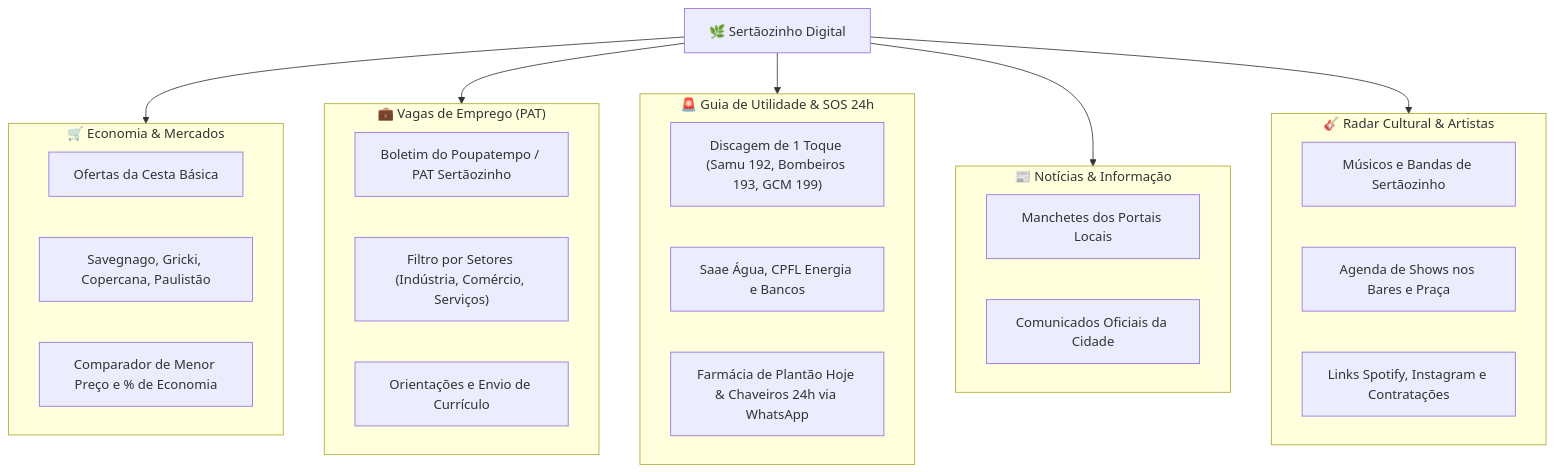
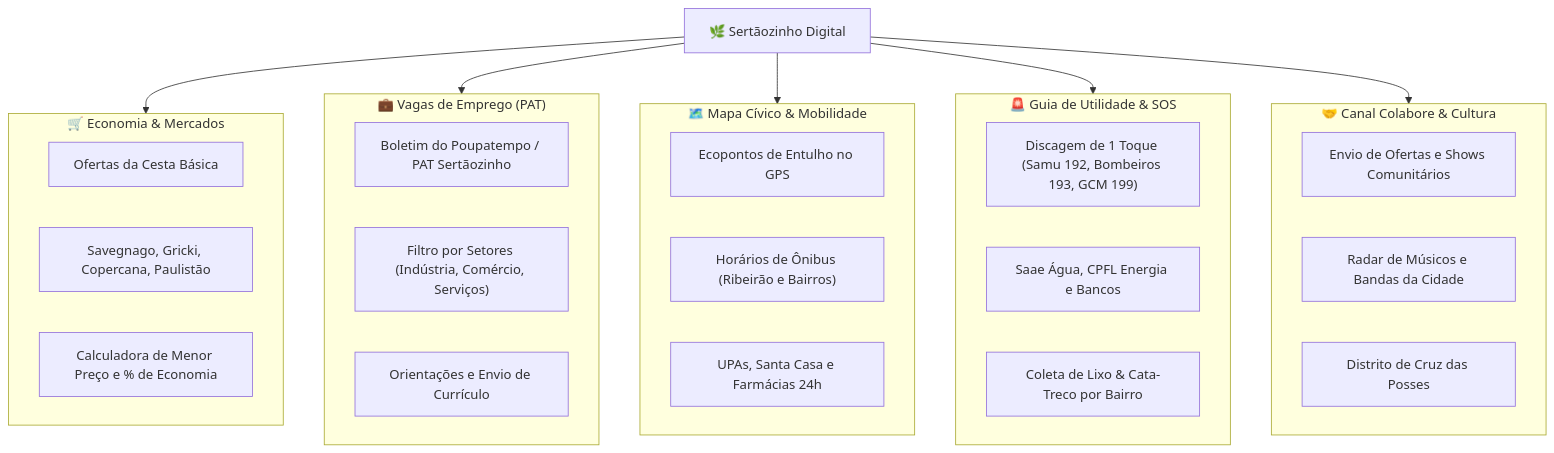
Before and after one commit to FelipeGardenghiDev/sertaozinho-digital: the diagram in README.md, drawn with Mermaid. The commit also changed other lines of this file and 10 other files, not shown here.

````diff
--- a/README.md
+++ b/README.md
@@ -30,39 +33,40 @@
 ```mermaid
 flowchart TD
     App["🌿 Sertãozinho Digital"]
     
     subgraph M1 ["🛒 Economia & Mercados"]
         M1A["Ofertas da Cesta Básica"]
         M1B["Savegnago, Gricki, Copercana, Paulistão"]
-        M1C["Comparador de Menor Preço e % de Economia"]
+        M1C["Calculadora de Menor Preço e % de Economia"]
     end
 
     subgraph M2 ["💼 Vagas de Emprego (PAT)"]
         M2A["Boletim do Poupatempo / PAT Sertãozinho"]
         M2B["Filtro por Setores (Indústria, Comércio, Serviços)"]
         M2C["Orientações e Envio de Currículo"]
     end
 
-    subgraph M3 ["🚨 Guia de Utilidade & SOS 24h"]
-        M3A["Discagem de 1 Toque (Samu 192, Bombeiros 193, GCM 199)"]
-        M3B["Saae Água, CPFL Energia e Bancos"]
-        M3C["Farmácia de Plantão Hoje & Chaveiros 24h via WhatsApp"]
+    subgraph M3 ["🗺️ Mapa Cívico & Mobilidade"]
+        M3A["Ecopontos de Entulho no GPS"]
+        M3B["Horários de Ônibus (Ribeirão e Bairros)"]
+        M3C["UPAs, Santa Casa e Farmácias 24h"]
     end
 
-    subgraph M4 ["📰 Notícias & Informação"]
-        M4A["Manchetes dos Portais Locais"]
-        M4B["Comunicados Oficiais da Cidade"]
+    subgraph M4 ["🚨 Guia de Utilidade & SOS"]
+        M4A["Discagem de 1 Toque (Samu 192, Bombeiros 193, GCM 199)"]
+        M4B["Saae Água, CPFL Energia e Bancos"]
+        M4C["Coleta de Lixo & Cata-Treco por Bairro"]
     end
 
-    subgraph M5 ["🎸 Radar Cultural & Artistas"]
-        M5A["Músicos e Bandas de Sertãozinho"]
-        M5B["Agenda de Shows nos Bares e Praça"]
-        M5C["Links Spotify, Instagram e Contratações"]
+    subgraph M5 ["🤝 Canal Colabore & Cultura"]
+        M5A["Envio de Ofertas e Shows Comunitários"]
+        M5B["Radar de Músicos e Bandas da Cidade"]
+        M5C["Distrito de Cruz das Posses"]
     end
 
     App --> M1
     App --> M2
     App --> M3
     App --> M4
     App --> M5
 ```
````
